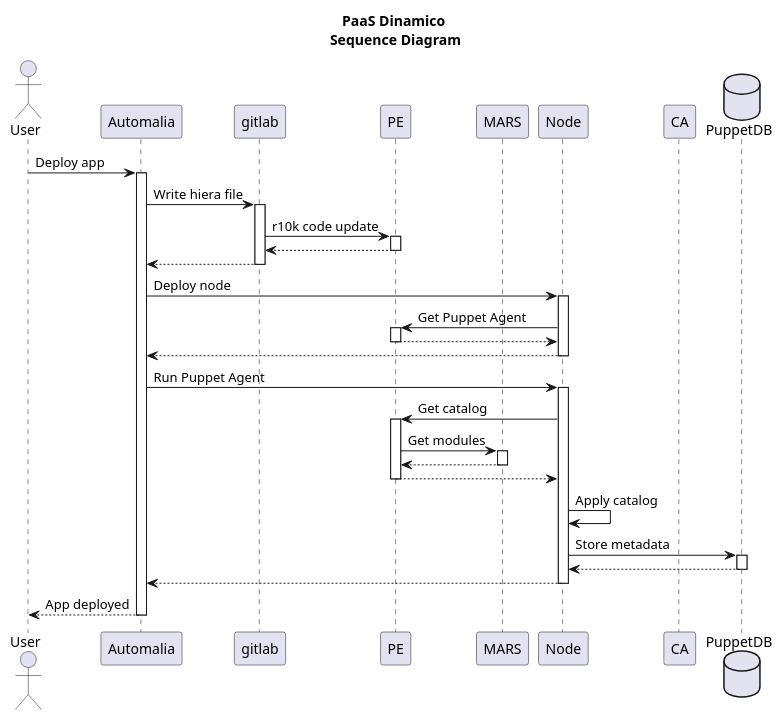
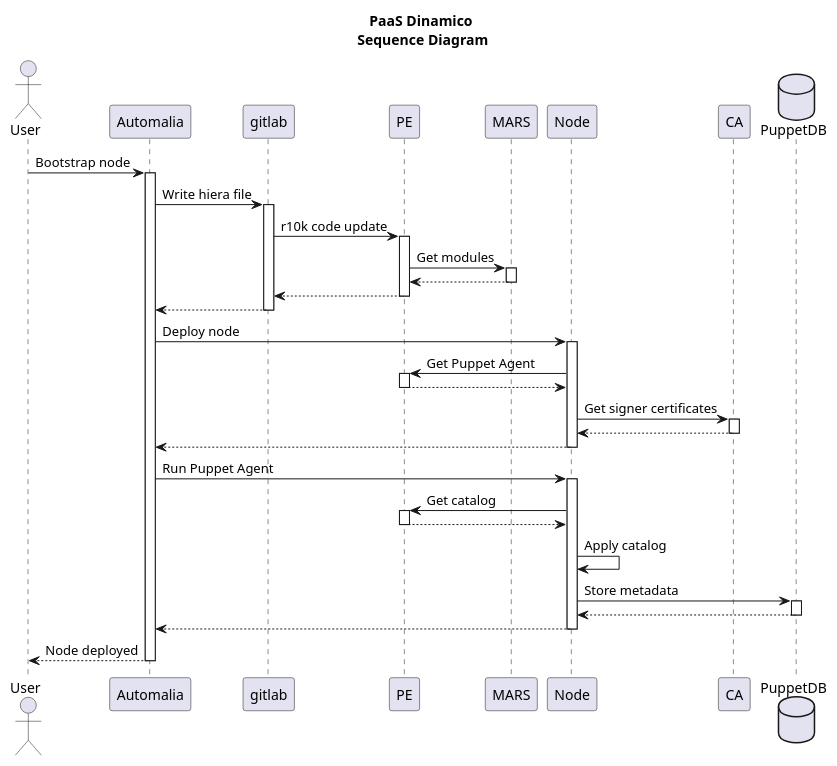
One commit to CIVIR-ES/PE-vagrant changed the diagram in doc/sequence.puml. Above: the diagram before and after it, drawn with PlantUML.

Commit message:
Update CA

```diff
--- a/doc/sequence.puml
+++ b/doc/sequence.puml
@@ -1,71 +1,77 @@
 @startuml
 
 title PaaS Dinamico\n Sequence Diagram
 
 actor User
 participant "Automalia" as A
 participant "gitlab" as B
 participant "PE" as C
 participant "MARS" as D
 participant "Node" as E
 participant "CA" as F
 database "PuppetDB" as G
 
 
-User -> A: Deploy app
+User -> A: Bootstrap node
 activate A
 
 A -> B: Write hiera file
 activate B
 
 B -> C: r10k code update
 activate C
+
+C -> D: Get modules
+activate D
+
+D --> C
+deactivate D
 
 C --> B
 deactivate C
 
 B --> A
 deactivate B
 
 A -> E: Deploy node
 activate E
 
 E -> C: Get Puppet Agent
 activate C
 
 C --> E
 deactivate C
 
+E -> F: Get signer certificates
+activate F
+
+F --> E
+deactivate F
+
 E --> A
 deactivate E
 
 A -> E: Run Puppet Agent
 activate E
 
 E -> C: Get catalog
 activate C
-
-C -> D: Get modules
-activate D
-
-D --> C
-deactivate D
 
 C --> E
 deactivate C
 
 E -> E: Apply catalog
 
 E -> G: Store metadata
 activate G
 
 G --> E
 deactivate G
 
 E --> A
 deactivate E
 
-A --> User: App deployed
+A --> User: Node deployed
 deactivate A
 
 @enduml
```
